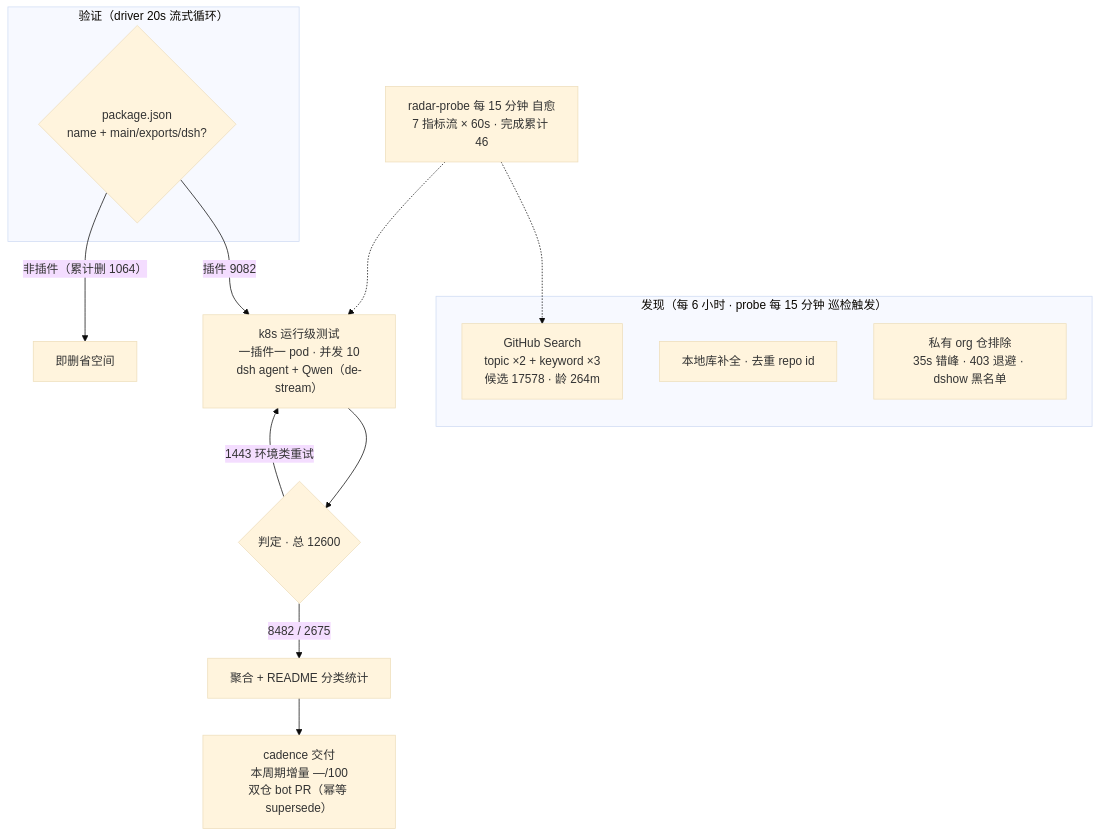
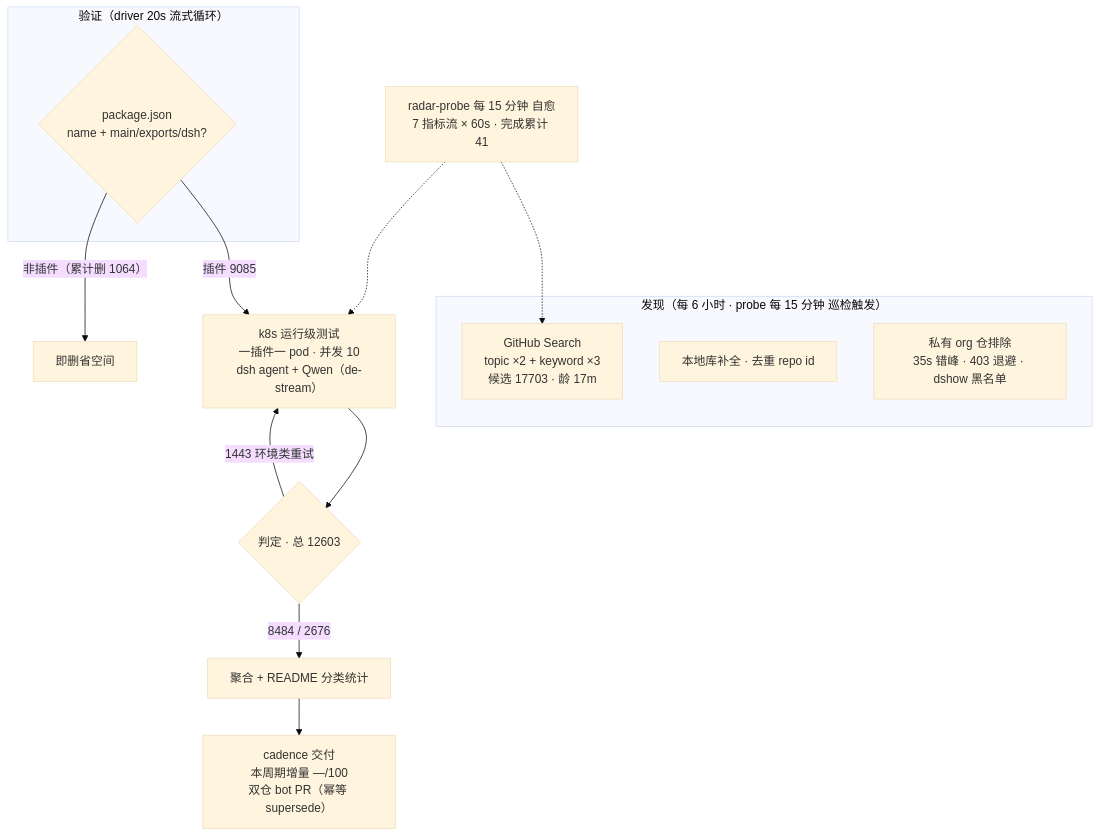
The diagram in README.md (Zhidao-Lab-OSS/awesome-dsh-plugins), drawn with Mermaid (base theme) before and after one commit. The commit also changed other lines of this file and 1 other file, not shown here.

````diff
--- a/README.md
+++ b/README.md
@@ -52,20 +52,20 @@
 ```mermaid
 flowchart TB
     subgraph Discovery["发现（每 6 小时 · probe 每 15 分钟 巡检触发）"]
-        A1["GitHub Search<br/>topic ×2 + keyword ×3<br/>候选 17578 · 龄 264m"]
+        A1["GitHub Search<br/>topic ×2 + keyword ×3<br/>候选 17703 · 龄 17m"]
         A2["本地库补全 · 去重 repo id"]
         A3["私有 org 仓排除<br/>35s 错峰 · 403 退避 · dshow 黑名单"]
     end
     subgraph Validation["验证（driver 20s 流式循环）"]
         B1{"package.json<br/>name + main/exports/dsh?"}
     end
-    B1 -->|"插件 9082"| C1["k8s 运行级测试<br/>一插件一 pod · 并发 10<br/>dsh agent + Qwen（de-stream）"]
+    B1 -->|"插件 9085"| C1["k8s 运行级测试<br/>一插件一 pod · 并发 10<br/>dsh agent + Qwen（de-stream）"]
     B1 -->|"非插件（累计删 1064）"| B3["即删省空间"]
-    C1 --> D1{"判定 · 总 12600"}
-    D1 -->|"8482 / 2675"| E1["聚合 + README 分类统计"]
+    C1 --> D1{"判定 · 总 12603"}
+    D1 -->|"8484 / 2676"| E1["聚合 + README 分类统计"]
     D1 -->|"1443 环境类重试"| C1
     E1 --> E2["cadence 交付<br/>本周期增量 —/100<br/>双仓 bot PR（幂等 supersede）"]
-    M["radar-probe 每 15 分钟 自愈<br/>7 指标流 × 60s · 完成累计 46"]
+    M["radar-probe 每 15 分钟 自愈<br/>7 指标流 × 60s · 完成累计 41"]
     M -.-> A1
     M -.-> C1
 ```
````
